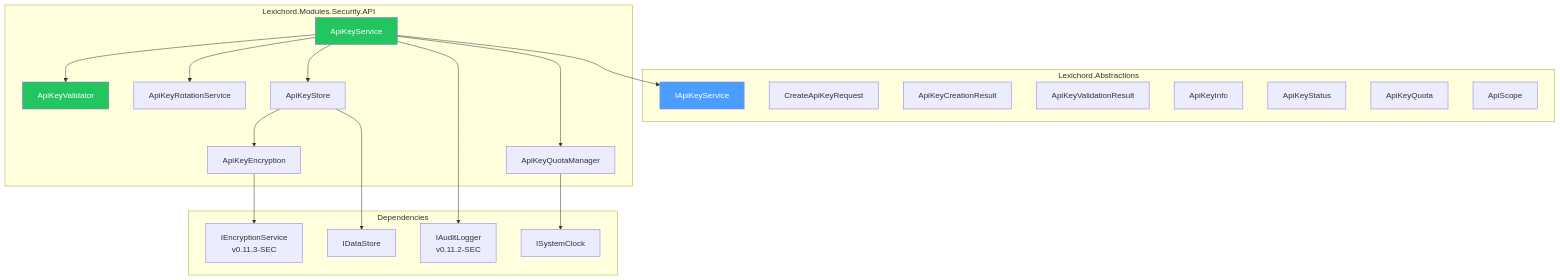
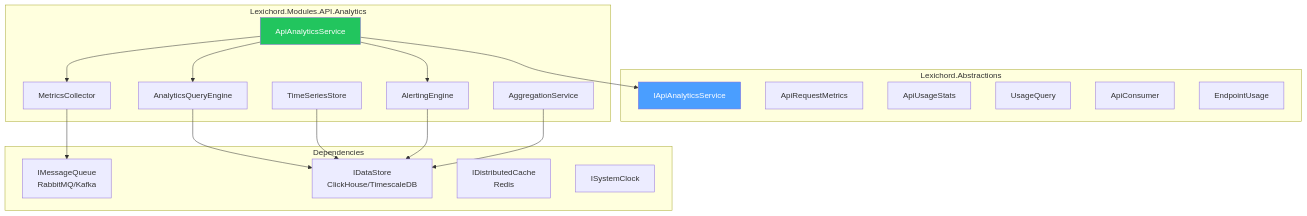
One commit to southpawriter02/lexichord changed the first of 2 diagrams in docs/specs/v0.11.x/v0.11.5/LCS-DES-v0.11.5-SEC-e.md. Above: the diagram before and after it, drawn with Mermaid. The commit also changed other lines of this file and 74 other files, not shown here.

````diff
--- a/docs/specs/v0.11.x/v0.11.5/LCS-DES-v0.11.5-SEC-e.md
+++ b/docs/specs/v0.11.x/v0.11.5/LCS-DES-v0.11.5-SEC-e.md
@@ -61,44 +61,40 @@
 ```mermaid
 graph TB
     subgraph "Lexichord.Abstractions"
-        IAKS[IApiKeyService]
-        AKR[CreateApiKeyRequest]
-        AKC[ApiKeyCreationResult]
-        AKV[ApiKeyValidationResult]
-        AKI[ApiKeyInfo]
-        AKS[ApiKeyStatus]
-        AKQ[ApiKeyQuota]
-        ASC[ApiScope]
+        IAAS[IApiAnalyticsService]
+        ARM[ApiRequestMetrics]
+        AUS[ApiUsageStats]
+        USQ[UsageQuery]
+        AC[ApiConsumer]
+        EU[EndpointUsage]
     end
 
-    subgraph "Lexichord.Modules.Security.API"
-        AKS_IMPL[ApiKeyService]
-        AKV_IMPL[ApiKeyValidator]
-        AKQM[ApiKeyQuotaManager]
-        AKRS[ApiKeyRotationService]
-        AKSTR[ApiKeyStore]
-        AKES[ApiKeyEncryption]
+    subgraph "Lexichord.Modules.API.Analytics"
+        IAAS_IMPL[ApiAnalyticsService]
+        MC[MetricsCollector]
+        AQE[AnalyticsQueryEngine]
+        AE[AlertingEngine]
+        TS[TimeSeriesStore]
+        AGG[AggregationService]
     end
 
     subgraph "Dependencies"
-        ENC[IEncryptionService<br/>v0.11.3-SEC]
-        DB[IDataStore]
-        AUDIT[IAuditLogger<br/>v0.11.2-SEC]
+        QUEUE[IMessageQueue<br/>RabbitMQ/Kafka]
+        DB[IDataStore<br/>ClickHouse/TimescaleDB]
+        CACHE[IDistributedCache<br/>Redis]
         CLOCK[ISystemClock]
     end
 
-    AKS_IMPL --> IAKS
-    AKS_IMPL --> AKV_IMPL
-    AKS_IMPL --> AKQM
-    AKS_IMPL --> AKRS
-    AKS_IMPL --> AKSTR
-    AKSTR --> AKES
-    AKES --> ENC
-    AKSTR --> DB
-    AKS_IMPL --> AUDIT
-    AKQM --> CLOCK
+    IAAS_IMPL --> IAAS
+    IAAS_IMPL --> MC
+    IAAS_IMPL --> AQE
+    IAAS_IMPL --> AE
+    MC --> QUEUE
+    AQE --> DB
+    TS --> DB
+    AE --> DB
+    AGG --> DB
 
-    style AKS_IMPL fill:#22c55e,color:#fff
-    style IAKS fill:#4a9eff,color:#fff
-    style AKV_IMPL fill:#22c55e,color:#fff
+    style IAAS_IMPL fill:#22c55e,color:#fff
+    style IAAS fill:#4a9eff,color:#fff
 ```
````
